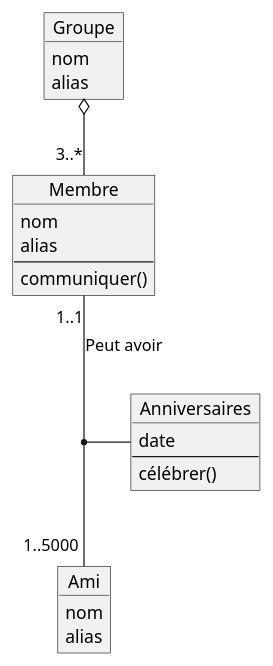
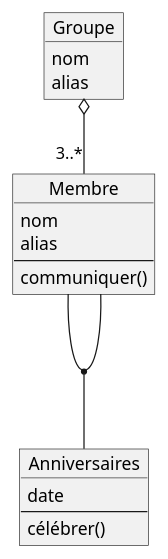
Before and after one commit to PapaSam0/1SY-AnalyseObjet: the diagram in Exercices03/question03.wsd, drawn with PlantUML. The commit also changed 8 other files, not shown here.

```diff
--- a/Exercices03/question03.wsd
+++ b/Exercices03/question03.wsd
@@ -1,27 +1,25 @@
 @startuml CSBuddy
 object Membre{
     nom
     alias
     --
     communiquer()
 }
-object Ami{
-    nom
-    alias
-}
+
 object Groupe{
     nom
     alias
 }
 object Anniversaires{
     date
     --
     célébrer()
 }
 
 Groupe o-- "3..*" Membre
-Membre "1..1" -- "1..5000" Ami : Peut avoir
-(Membre, Ami) -- Anniversaires
+Membre -- Membre 
+(Membre, Membre) -- Anniversaires
+
 
 
 @enduml
```
